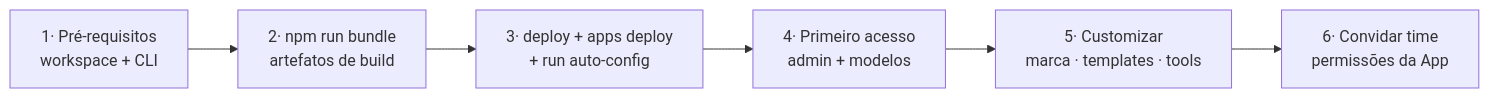
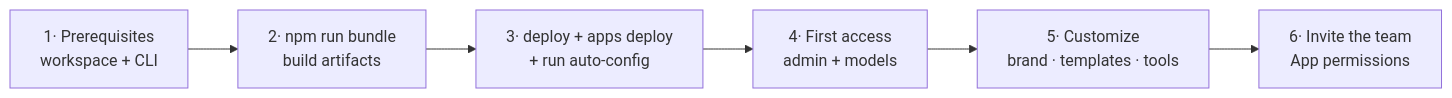
The diagram in docs/onboarding-deployment.md (pedrotramos/ai-prism), drawn with Mermaid before and after one commit. The commit also changed other lines of this file and 31 other files, not shown here.

````diff
--- a/docs/onboarding-deployment.md
+++ b/docs/onboarding-deployment.md
@@ -16,8 +20,8 @@
 ```mermaid
 flowchart LR
-    A["1· Pré-requisitos<br/>workspace + CLI"] --> B["2· npm run bundle<br/>artefatos de build"]
+    A["1· Prerequisites<br/>workspace + CLI"] --> B["2· npm run bundle<br/>build artifacts"]
     B --> C["3· deploy + apps deploy<br/>+ run auto-config"]
-    C --> D["4· Primeiro acesso<br/>admin + modelos"]
-    D --> E["5· Customizar<br/>marca · templates · tools"]
-    E --> F["6· Convidar time<br/>permissões da App"]
+    C --> D["4· First access<br/>admin + models"]
+    D --> E["5· Customize<br/>brand · templates · tools"]
+    E --> F["6· Invite the team<br/>App permissions"]
 ```
````
